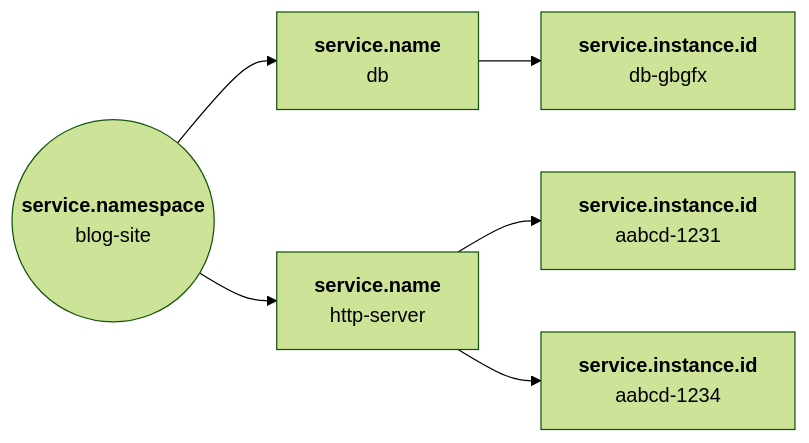
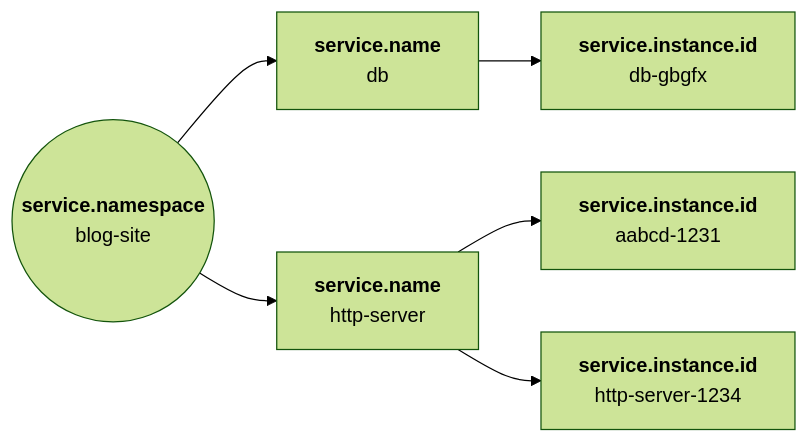
The diagram in docs/resource/service.md (open-telemetry/semantic-conventions), drawn with Mermaid (forest theme) before and after one commit.

````diff
--- a/docs/resource/service.md
+++ b/docs/resource/service.md
@@ -23,20 +23,20 @@
 ```mermaid
 flowchart LR
     App(("`**service.namespace**
            blog-site`"))
     Db["`**service.name**
          db`"]
     Http["`**service.name**
           http-server`"]
     Http1["`**service.instance.id**
             aabcd-1231`"]
     Http2["`**service.instance.id**
-           aabcd-1234`"]
+           http-server-1234`"]
     Db1["`**service.instance.id**
          db-gbgfx`"]
     Db --> Db1
     Http --> Http1
     Http --> Http2
     App --> Db
     App --> Http
 ```
````
